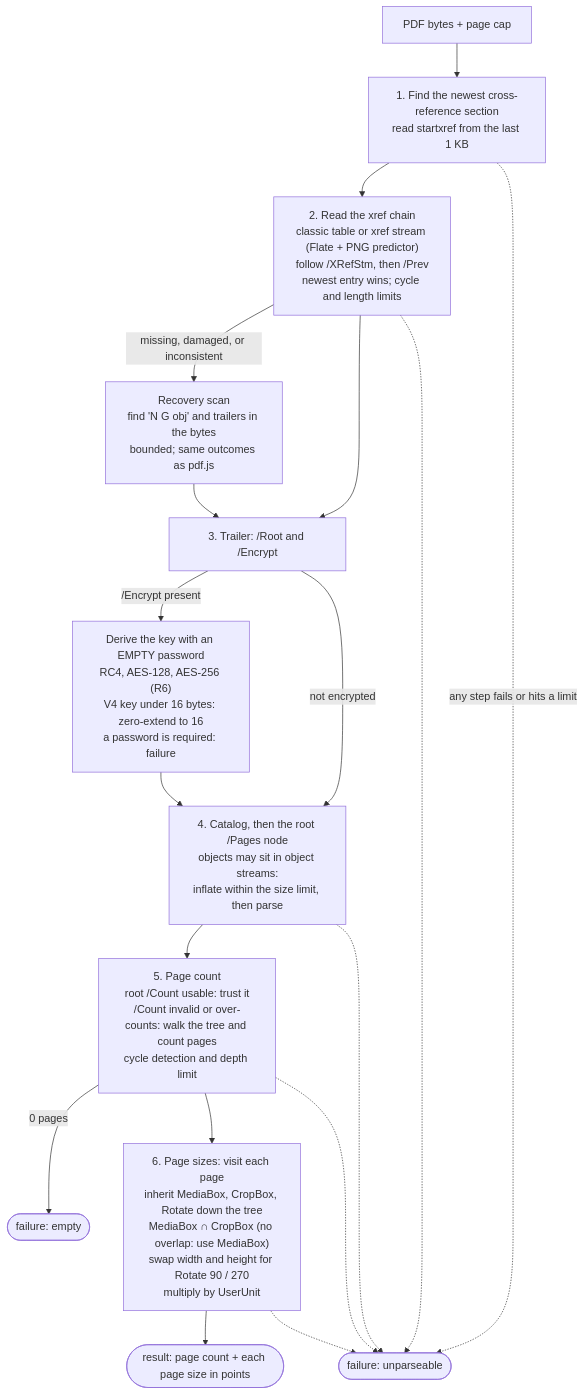
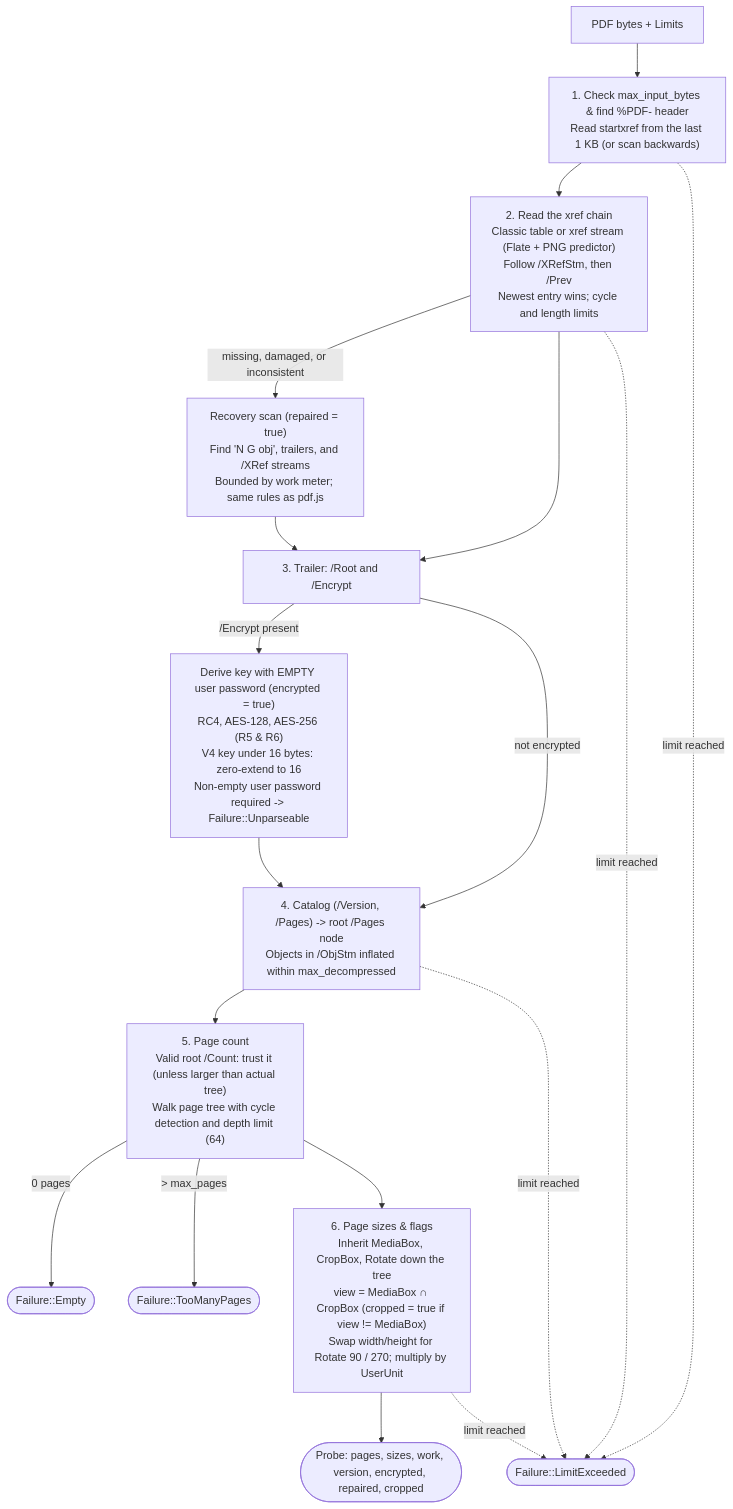
The diagram in docs/how-it-works.md (polybot-platform/pdf-probe), drawn with Mermaid before and after one commit. The commit also changed other lines of this file and 6 other files, not shown here.

````diff
--- a/docs/how-it-works.md
+++ b/docs/how-it-works.md
@@ -7,20 +5,20 @@
 ```mermaid
 flowchart TD
-    IN["PDF bytes + page cap"] --> S1["1. Find the newest cross-reference section<br/>read startxref from the last 1 KB"]
-    S1 --> S2["2. Read the xref chain<br/>classic table or xref stream (Flate + PNG predictor)<br/>follow /XRefStm, then /Prev<br/>newest entry wins; cycle and length limits"]
-    S2 -->|"missing, damaged, or inconsistent"| REC["Recovery scan<br/>find 'N G obj' and trailers in the bytes<br/>bounded; same outcomes as pdf.js"]
+    IN["PDF bytes + Limits"] --> S1["1. Check max_input_bytes & find %PDF- header<br/>Read startxref from the last 1 KB (or scan backwards)"]
+    S1 --> S2["2. Read the xref chain<br/>Classic table or xref stream (Flate + PNG predictor)<br/>Follow /XRefStm, then /Prev<br/>Newest entry wins; cycle and length limits"]
+    S2 -->|"missing, damaged, or inconsistent"| REC["Recovery scan (repaired = true)<br/>Find 'N G obj', trailers, and /XRef streams<br/>Bounded by work meter; same rules as pdf.js"]
     S2 --> S3["3. Trailer: /Root and /Encrypt"]
     REC --> S3
-    S3 -->|"/Encrypt present"| ENC["Derive the key with an EMPTY password<br/>RC4, AES-128, AES-256 (R6)<br/>V4 key under 16 bytes: zero-extend to 16<br/>a password is required: failure"]
+    S3 -->|"/Encrypt present"| ENC["Derive key with EMPTY user password (encrypted = true)<br/>RC4, AES-128, AES-256 (R5 & R6)<br/>V4 key under 16 bytes: zero-extend to 16<br/>Non-empty user password required -> Failure::Unparseable"]
     S3 -->|"not encrypted"| S4
-    ENC --> S4["4. Catalog, then the root /Pages node<br/>objects may sit in object streams:<br/>inflate within the size limit, then parse"]
-    S4 --> S5["5. Page count<br/>root /Count usable: trust it<br/>/Count invalid or over-counts: walk the tree and count pages<br/>cycle detection and depth limit"]
-    S5 -->|"0 pages"| EMPTY(["failure: empty"])
-    S5 --> S6["6. Page sizes: visit each page<br/>inherit MediaBox, CropBox, Rotate down the tree<br/>MediaBox ∩ CropBox (no overlap: use MediaBox)<br/>swap width and height for Rotate 90 / 270<br/>multiply by UserUnit"]
-    S6 --> OUT(["result: page count + each page size in points"])
-    S1 -.->|"any step fails or hits a limit"| FAIL(["failure: unparseable"])
-    S2 -.-> FAIL
-    S4 -.-> FAIL
-    S5 -.-> FAIL
-    S6 -.-> FAIL
+    ENC --> S4["4. Catalog (/Version, /Pages) -> root /Pages node<br/>Objects in /ObjStm inflated within max_decompressed"]
+    S4 --> S5["5. Page count<br/>Valid root /Count: trust it (unless larger than actual tree)<br/>Walk page tree with cycle detection and depth limit (64)"]
+    S5 -->|"0 pages"| EMPTY(["Failure::Empty"])
+    S5 -->|"> max_pages"| MANY(["Failure::TooManyPages"])
+    S5 --> S6["6. Page sizes & flags<br/>Inherit MediaBox, CropBox, Rotate down the tree<br/>view = MediaBox ∩ CropBox (cropped = true if view != MediaBox)<br/>Swap width/height for Rotate 90 / 270; multiply by UserUnit"]
+    S6 --> OUT(["Probe: pages, sizes, work, version, encrypted, repaired, cropped"])
+    S1 -.->|"limit reached"| LIM(["Failure::LimitExceeded"])
+    S2 -.->|"limit reached"| LIM
+    S4 -.->|"limit reached"| LIM
+    S6 -.->|"limit reached"| LIM
 ```
````
